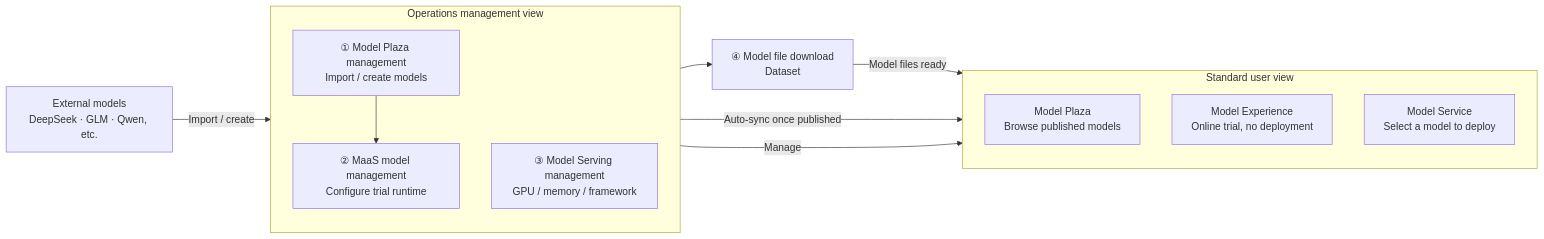
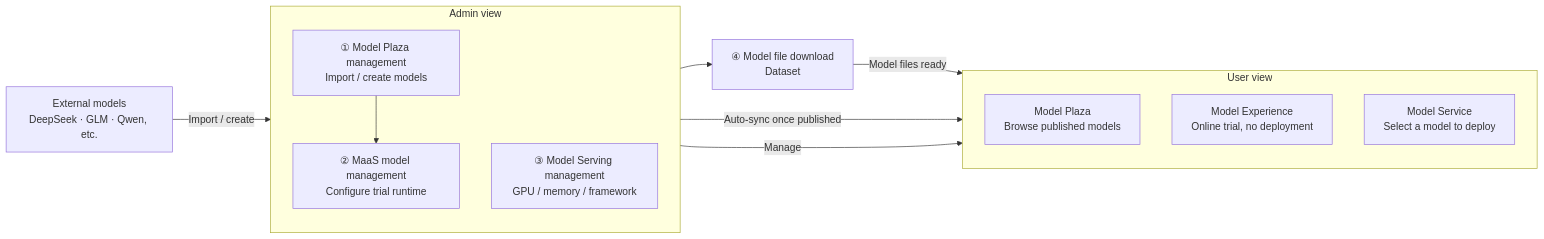
One commit to DaoCloud/DaoCloud-docs changed the diagram in docs/en/docs/hydra/intro/index.md. Above: the diagram before and after it, drawn with Mermaid. The commit also changed other lines of this file and 2 other files, not shown here.

Commit message:
update mermaid and svg in hydra index (#7817)

````diff
--- a/docs/en/docs/hydra/intro/index.md
+++ b/docs/en/docs/hydra/intro/index.md
@@ -75,23 +75,30 @@
 ```mermaid
 flowchart LR
     EXT["External models<br/>DeepSeek · GLM · Qwen, etc."]
-    subgraph OPS["Operations management view"]
+    subgraph OPS["Admin view"]
         direction TB
         A["① Model Plaza management<br/>Import / create models"]
         B["② MaaS model management<br/>Configure trial runtime"]
         C["③ Model Serving management<br/>GPU / memory / framework"]
     end
-    subgraph USER["Standard user view"]
+    subgraph USER["User view"]
         direction TB
         D["Model Plaza<br/>Browse published models"]
         E["Model Experience<br/>Online trial, no deployment"]
         G["Model Service<br/>Select a model to deploy"]
     end
     F["④ Model file download<br/>Dataset"]
     EXT -->|Import / create| A
     A -->|Auto-sync once published| D
     A --> B
     B -->|Manage| E
     C --> F
     F -->|Model files ready| G
+    click A "../oam/"
+    click B "../oam/maas/"
+    click C "../oam/mdm/"
+    click D "../"
+    click E "../exp/"
+    click G "../deploy/deploy/"
+    click F "../dataset/"
 ```
````
